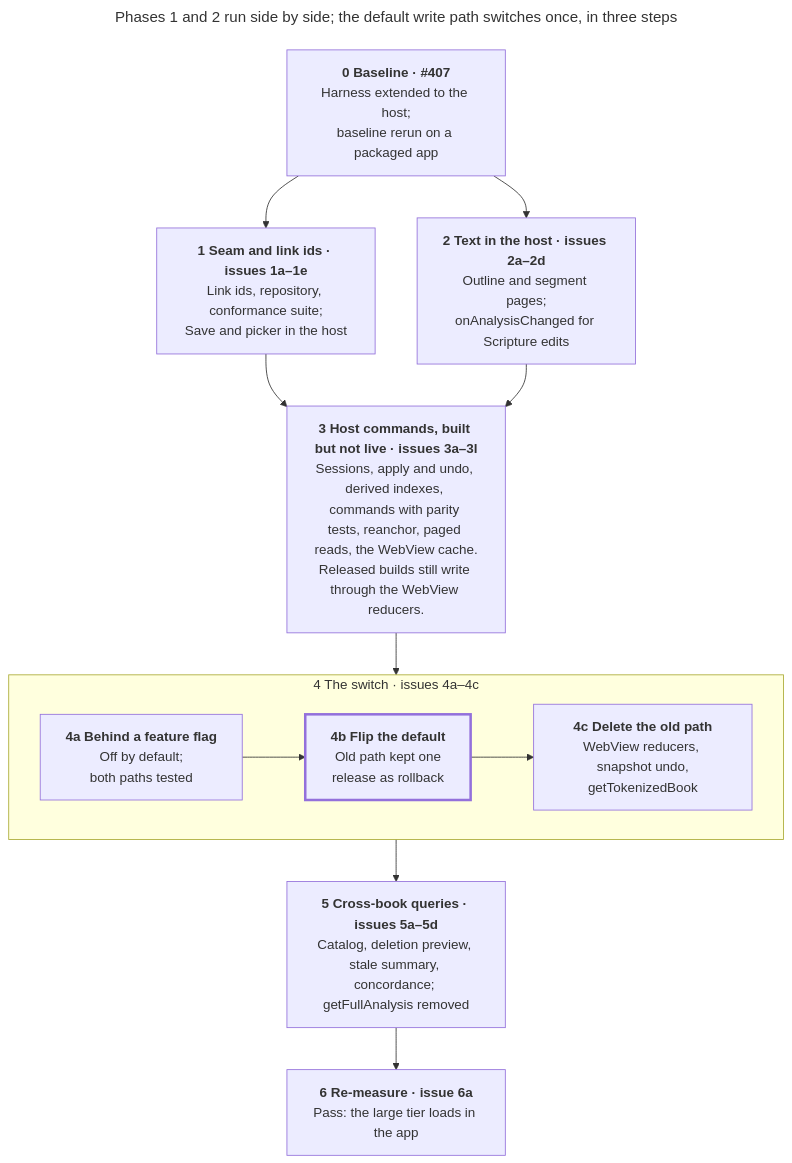
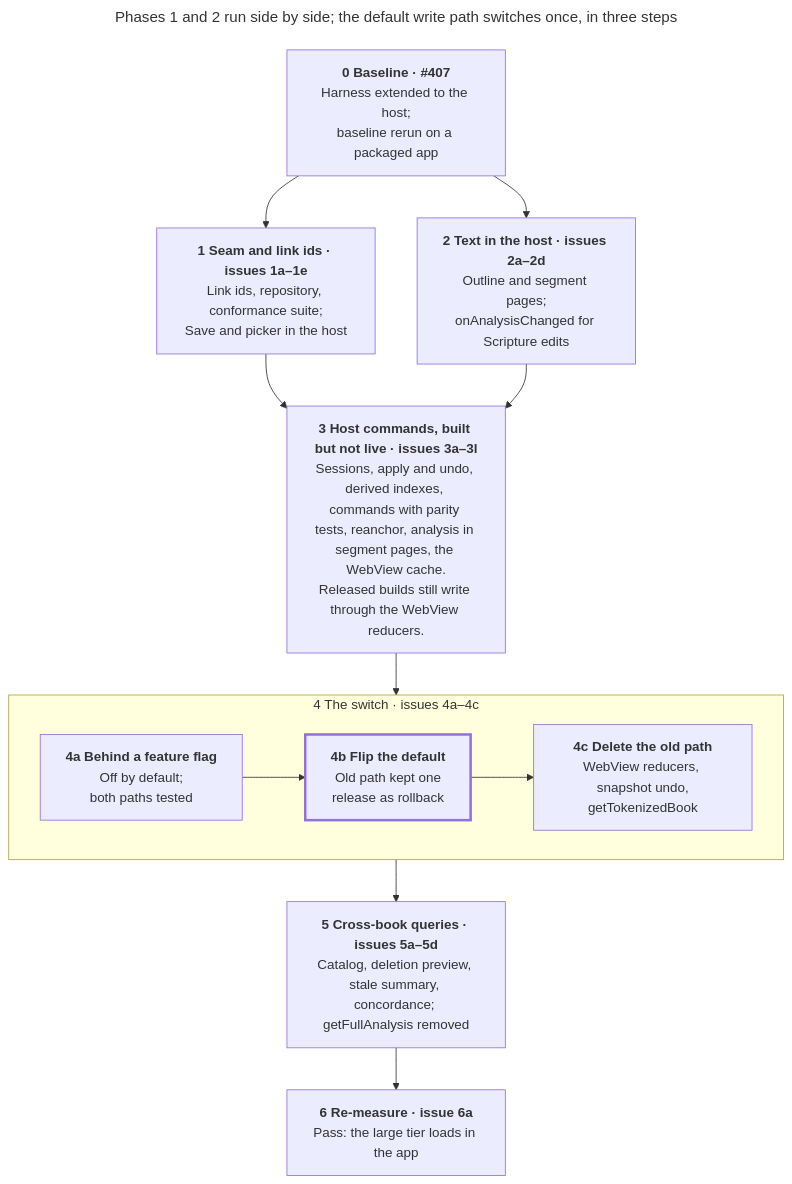
Before and after one commit to sillsdev/interlinearizer-extension: the second of 2 diagrams in docs/data-layer-plan/plan.md, drawn with Mermaid. The commit also changed other lines of this file and 1 other file, not shown here.

First line of the commit message:
Use segment pages, the outline and indexes consistently in the plan

````diff
--- a/docs/data-layer-plan/plan.md
+++ b/docs/data-layer-plan/plan.md
@@ -109,24 +109,24 @@
 ```mermaid
 ---
 title: Phases 1 and 2 run side by side; the default write path switches once, in three steps
 ---
 flowchart TB
   p0["<b>0 Baseline · #407</b><br/>Harness extended to the host;<br/>baseline rerun on a packaged app"]
   p1["<b>1 Seam and link ids · issues 1a–1e</b><br/>Link ids, repository, conformance suite;<br/>Save and picker in the host"]
   p2["<b>2 Text in the host · issues 2a–2d</b><br/>Outline and segment pages;<br/>onAnalysisChanged for Scripture edits"]
-  p3["<b>3 Host commands, built but not live · issues 3a–3l</b><br/>Sessions, apply and undo, derived indexes, commands with parity tests, reanchor, paged reads, the WebView cache.<br/>Released builds still write through the WebView reducers."]
+  p3["<b>3 Host commands, built but not live · issues 3a–3l</b><br/>Sessions, apply and undo, derived indexes, commands with parity tests, reanchor, analysis in segment pages, the WebView cache.<br/>Released builds still write through the WebView reducers."]
   subgraph p4["4 The switch · issues 4a–4c"]
     direction LR
     p4a["<b>4a Behind a feature flag</b><br/>Off by default;<br/>both paths tested"]
     p4b["<b>4b Flip the default</b><br/>Old path kept one<br/>release as rollback"]
     p4c["<b>4c Delete the old path</b><br/>WebView reducers, snapshot undo,<br/>getTokenizedBook"]
     p4a --> p4b --> p4c
   end
   p5["<b>5 Cross-book queries · issues 5a–5d</b><br/>Catalog, deletion preview, stale summary, concordance; getFullAnalysis removed"]
   p6["<b>6 Re-measure · issue 6a</b><br/>Pass: the large tier loads in the app"]
   p0 --> p1 & p2
   p1 & p2 --> p3
   p3 --> p4 --> p5 --> p6
   classDef flip stroke-width:3px
   class p4b flip
 ```
````
